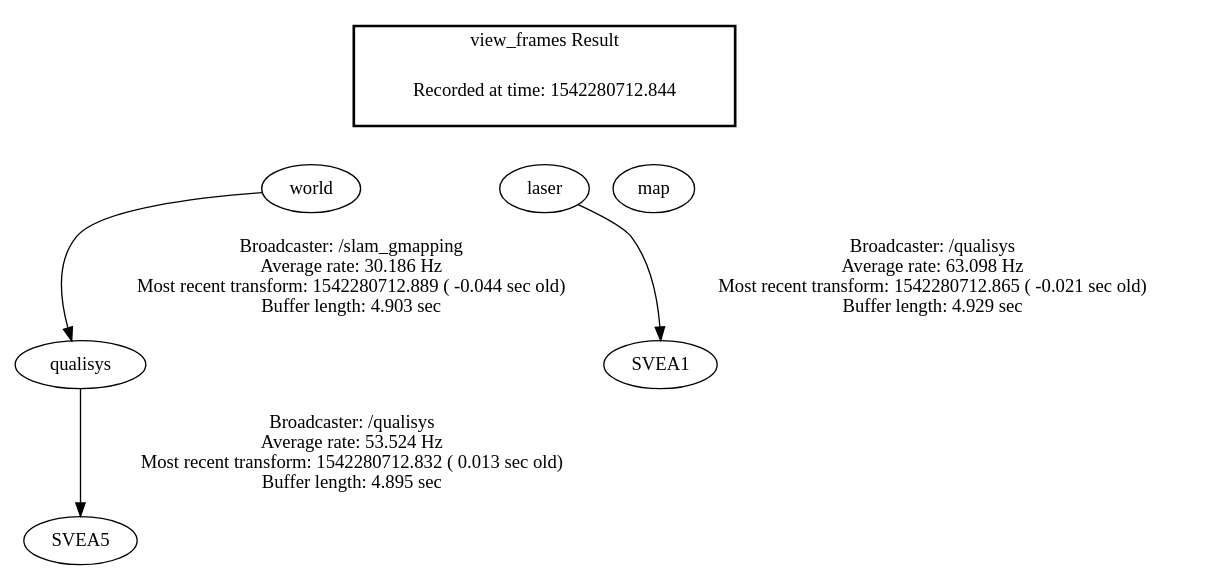
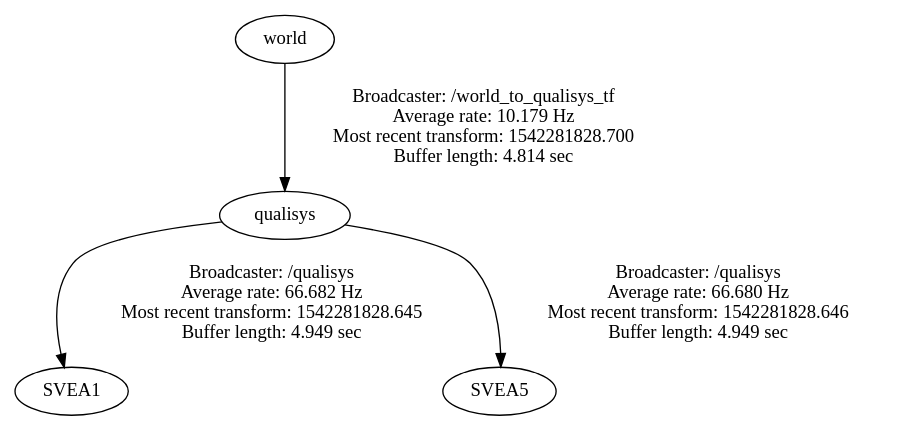
One commit to JiongruiHu/El2425_Automatic_Control_Group1 changed the diagram in frames.gv. Above: the diagram before and after it, drawn with Graphviz. The commit also changed 1 other file, not shown here.

Commit message:
new frames

```diff
--- a/frames.gv
+++ b/frames.gv
@@ -1,17 +1,5 @@
 digraph G {
-"world" -> "qualisys"[label="Broadcaster: /slam_gmapping\nAverage rate: 30.186 Hz\nMost recent transform: 1542280712.889 ( -0.044 sec old)\nBuffer length: 4.903 sec\n"];
-"laser" -> "SVEA1"[label="Broadcaster: /qualisys\nAverage rate: 63.098 Hz\nMost recent transform: 1542280712.865 ( -0.021 sec old)\nBuffer length: 4.929 sec\n"];
-"qualisys" -> "SVEA5"[label="Broadcaster: /qualisys\nAverage rate: 53.524 Hz\nMost recent transform: 1542280712.832 ( 0.013 sec old)\nBuffer length: 4.895 sec\n"];
-edge [style=invis];
- subgraph cluster_legend { style=bold; color=black; label ="view_frames Result";
-"Recorded at time: 1542280712.844"[ shape=plaintext ] ;
- }->"map";
-edge [style=invis];
- subgraph cluster_legend { style=bold; color=black; label ="view_frames Result";
-"Recorded at time: 1542280712.844"[ shape=plaintext ] ;
- }->"laser";
-edge [style=invis];
- subgraph cluster_legend { style=bold; color=black; label ="view_frames Result";
-"Recorded at time: 1542280712.844"[ shape=plaintext ] ;
- }->"world";
+"qualisys" -> "SVEA1"[label="Broadcaster: /qualisys\nAverage rate: 66.682 Hz\nMost recent transform: 1542281828.645 \nBuffer length: 4.949 sec\n"];
+"world" -> "qualisys"[label="Broadcaster: /world_to_qualisys_tf\nAverage rate: 10.179 Hz\nMost recent transform: 1542281828.700 \nBuffer length: 4.814 sec\n"];
+"qualisys" -> "SVEA5"[label="Broadcaster: /qualisys\nAverage rate: 66.680 Hz\nMost recent transform: 1542281828.646 \nBuffer length: 4.949 sec\n"];
 }
```
